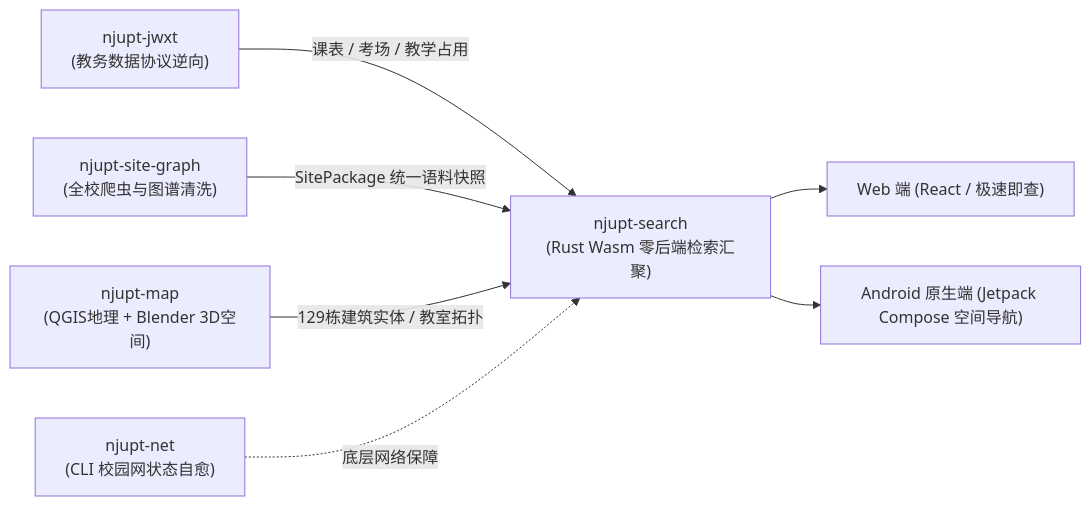
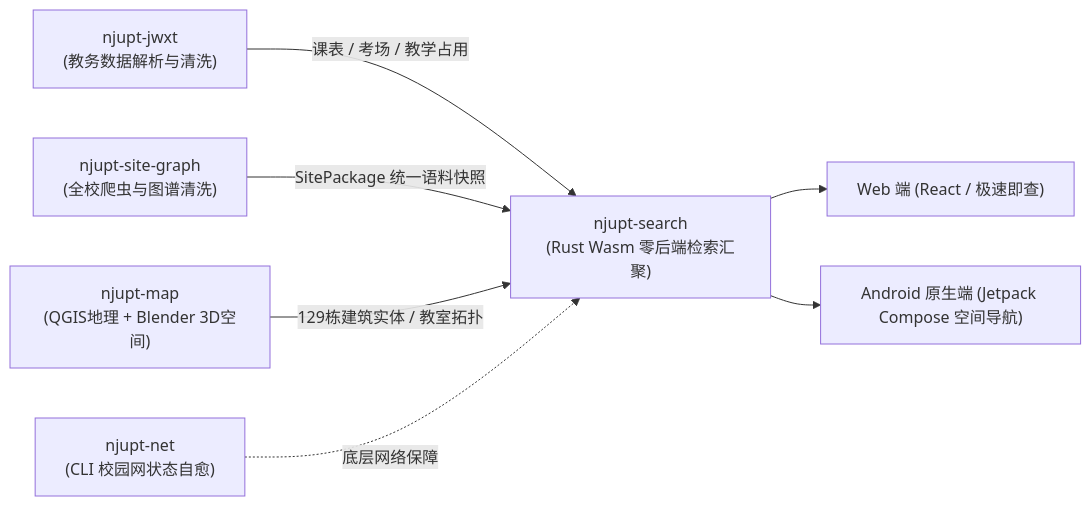
One commit to NJUPT-CS-StuDev/studev changed the second of 2 diagrams in src/content/develop/project-njupt-search.md. Above: the diagram before and after it, drawn with Mermaid. The commit also changed other lines of this file and 8 other files, not shown here.

Commit message:
refactor(content): remove awkward youth phrasing, njupt-suite, and jwxt reverse-engineering references across site

````diff
--- a/src/content/develop/project-njupt-search.md
+++ b/src/content/develop/project-njupt-search.md
@@ -69,10 +69,10 @@
 ```mermaid
 flowchart LR
-    JWXT["njupt-jwxt<br/>(教务数据协议逆向)"] -->|课表 / 考场 / 教学占用| SEARCH["njupt-search<br/>(Rust Wasm 零后端检索汇聚)"]
+    JWXT["njupt-jwxt<br/>(教务数据解析与清洗)"] -->|课表 / 考场 / 教学占用| SEARCH["njupt-search<br/>(Rust Wasm 零后端检索汇聚)"]
     SITE["njupt-site-graph<br/>(全校爬虫与图谱清洗)"] -->|SitePackage 统一语料快照| SEARCH
     MAP["njupt-map<br/>(QGIS地理 + Blender 3D空间)"] -->|129栋建筑实体 / 教室拓扑| SEARCH
     
     SEARCH --> WEB["Web 端 (React / 极速即查)"]
     SEARCH --> ANDROID["Android 原生端 (Jetpack Compose 空间导航)"]
     NET["njupt-net<br/>(CLI 校园网状态自愈)"] -.->|底层网络保障| SEARCH
 ```
````
